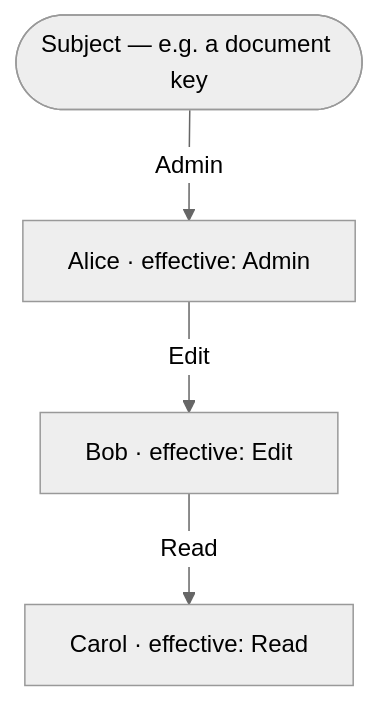
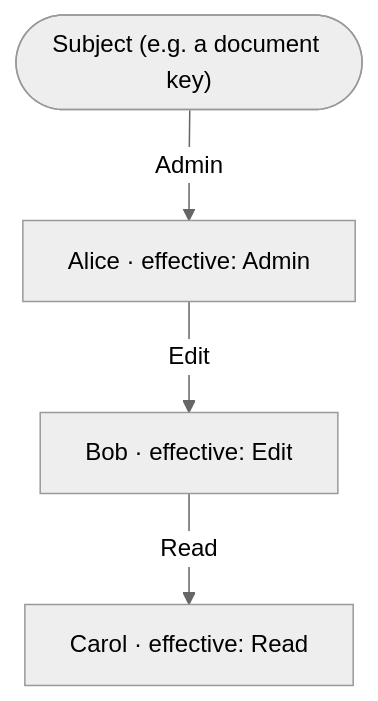
The first of 2 diagrams in design/keyline/README.md (inkandswitch/keyhive), drawn with Mermaid (neutral theme) before and after one commit. The commit also changed other lines of this file and 34 other files, not shown here.

````diff
--- a/design/keyline/README.md
+++ b/design/keyline/README.md
@@ -202,7 +200,7 @@
 ```mermaid
 flowchart TD
-    Subject(["Subject — e.g. a document key"])
+    Subject(["Subject (e.g. a document key)"])
     Subject -- "Admin" --> Alice["Alice · effective: Admin"]
     Alice -- "Edit" --> Bob["Bob · effective: Edit"]
     Bob -- "Read" --> Carol["Carol · effective: Read"]
 ```
````
